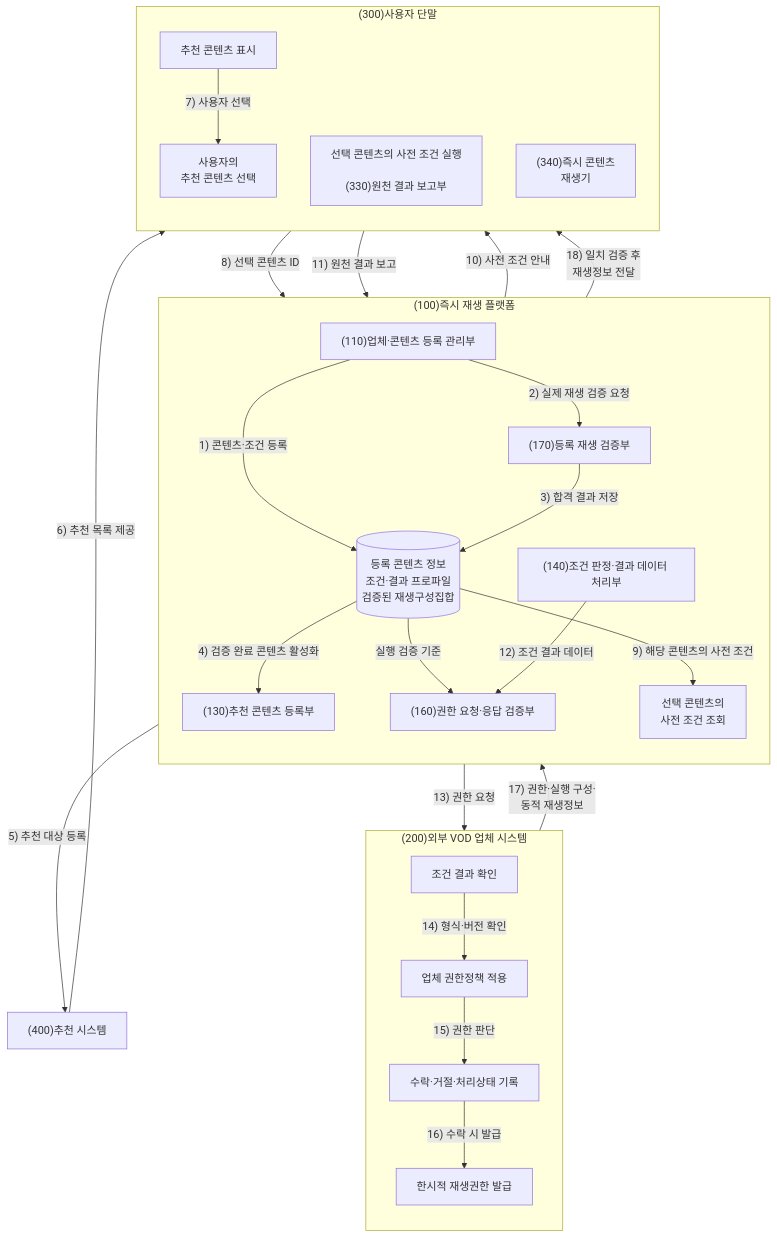
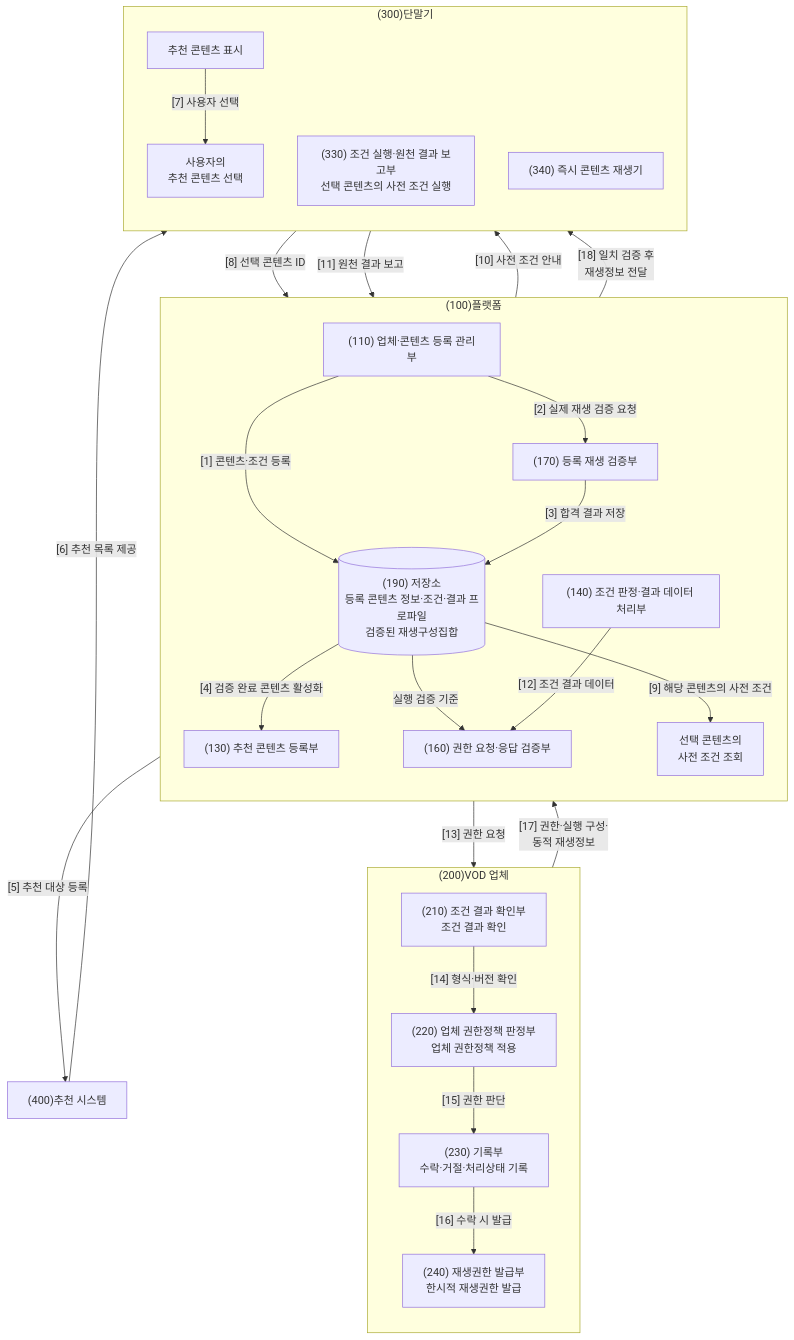
One commit to growdai1y/instant-play changed the seventh of 11 diagrams in instant_play_직무발명서_가독성개선본.md. Above: the diagram before and after it, drawn with Mermaid. The commit also changed other lines of this file and 1 other file, not shown here.

Commit message:
Standardize Mermaid diagram labels

````diff
--- a/instant_play_직무발명서_가독성개선본.md
+++ b/instant_play_직무발명서_가독성개선본.md
@@ -607,52 +607,52 @@
 ```mermaid
 flowchart TB
-    subgraph P["(100)즉시 재생 플랫폼"]
+    subgraph P["(100)플랫폼"]
         direction TB
-        R["(110)업체·콘텐츠 등록 관리부"]
-        V["(170)등록 재생 검증부"]
-        S[("등록 콘텐츠 정보<br/>조건·결과 프로파일<br/>검증된 재생구성집합")]
-        RR["(130)추천 콘텐츠 등록부"]
+        R["(110) 업체·콘텐츠 등록 관리부"]
+        V["(170) 등록 재생 검증부"]
+        S[("(190) 저장소<br/>등록 콘텐츠 정보·조건·결과 프로파일<br/>검증된 재생구성집합")]
+        RR["(130) 추천 콘텐츠 등록부"]
         Q["선택 콘텐츠의<br/>사전 조건 조회"]
-        C["(140)조건 판정·결과 데이터 처리부"]
-        G["(160)권한 요청·응답 검증부"]
+        C["(140) 조건 판정·결과 데이터 처리부"]
+        G["(160) 권한 요청·응답 검증부"]
 
-        R -->|"1) 콘텐츠·조건 등록"| S
-        R -->|"2) 실제 재생 검증 요청"| V
-        V -->|"3) 합격 결과 저장"| S
-        S -->|"4) 검증 완료 콘텐츠 활성화"| RR
+        R -->|"[1] 콘텐츠·조건 등록"| S
+        R -->|"[2] 실제 재생 검증 요청"| V
+        V -->|"[3] 합격 결과 저장"| S
+        S -->|"[4] 검증 완료 콘텐츠 활성화"| RR
         S -->|"실행 검증 기준"| G
     end
 
     M["(400)추천 시스템"]
 
-    subgraph O["(200)외부 VOD 업체 시스템"]
+    subgraph O["(200)VOD 업체"]
         direction TB
-        O1["조건 결과 확인"]
-        O2["업체 권한정책 적용"]
-        O3["수락·거절·처리상태 기록"]
-        O4["한시적 재생권한 발급"]
-        O1 -->|"14) 형식·버전 확인"| O2
-        O2 -->|"15) 권한 판단"| O3
-        O3 -->|"16) 수락 시 발급"| O4
+        O1["(210) 조건 결과 확인부<br/>조건 결과 확인"]
+        O2["(220) 업체 권한정책 판정부<br/>업체 권한정책 적용"]
+        O3["(230) 기록부<br/>수락·거절·처리상태 기록"]
+        O4["(240) 재생권한 발급부<br/>한시적 재생권한 발급"]
+        O1 -->|"[14] 형식·버전 확인"| O2
+        O2 -->|"[15] 권한 판단"| O3
+        O3 -->|"[16] 수락 시 발급"| O4
     end
 
-    subgraph D["(300)사용자 단말"]
+    subgraph D["(300)단말기"]
         direction TB
         D0["추천 콘텐츠 표시"]
         DS["사용자의<br/>추천 콘텐츠 선택"]
-        D1["선택 콘텐츠의 사전 조건 실행<br/><br/>(330)원천 결과 보고부"]
-        D2["(340)즉시 콘텐츠<br/>재생기"]
-        D0 -->|"7) 사용자 선택"| DS
+        D1["(330) 조건 실행·원천 결과 보고부<br/>선택 콘텐츠의 사전 조건 실행"]
+        D2["(340) 즉시 콘텐츠 재생기"]
+        D0 -->|"[7] 사용자 선택"| DS
     end
 
-    RR -->|"5) 추천 대상 등록"| M
-    M -->|"6) 추천 목록 제공"| D0
-    DS -->|"8) 선택 콘텐츠 ID"| Q
-    S -->|"9) 해당 콘텐츠의 사전 조건"| Q
-    Q -->|"10) 사전 조건 안내"| D1
-    D1 -->|"11) 원천 결과 보고"| C
-    C -->|"12) 조건 결과 데이터"| G
-    G -->|"13) 권한 요청"| O1
-    O4 -->|"17) 권한·실행 구성·<br/>동적 재생정보"| G
-    G -->|"18) 일치 검증 후<br/>재생정보 전달"| D2
+    RR -->|"[5] 추천 대상 등록"| M
+    M -->|"[6] 추천 목록 제공"| D0
+    DS -->|"[8] 선택 콘텐츠 ID"| Q
+    S -->|"[9] 해당 콘텐츠의 사전 조건"| Q
+    Q -->|"[10] 사전 조건 안내"| D1
+    D1 -->|"[11] 원천 결과 보고"| C
+    C -->|"[12] 조건 결과 데이터"| G
+    G -->|"[13] 권한 요청"| O1
+    O4 -->|"[17] 권한·실행 구성·<br/>동적 재생정보"| G
+    G -->|"[18] 일치 검증 후<br/>재생정보 전달"| D2
 ```
````
